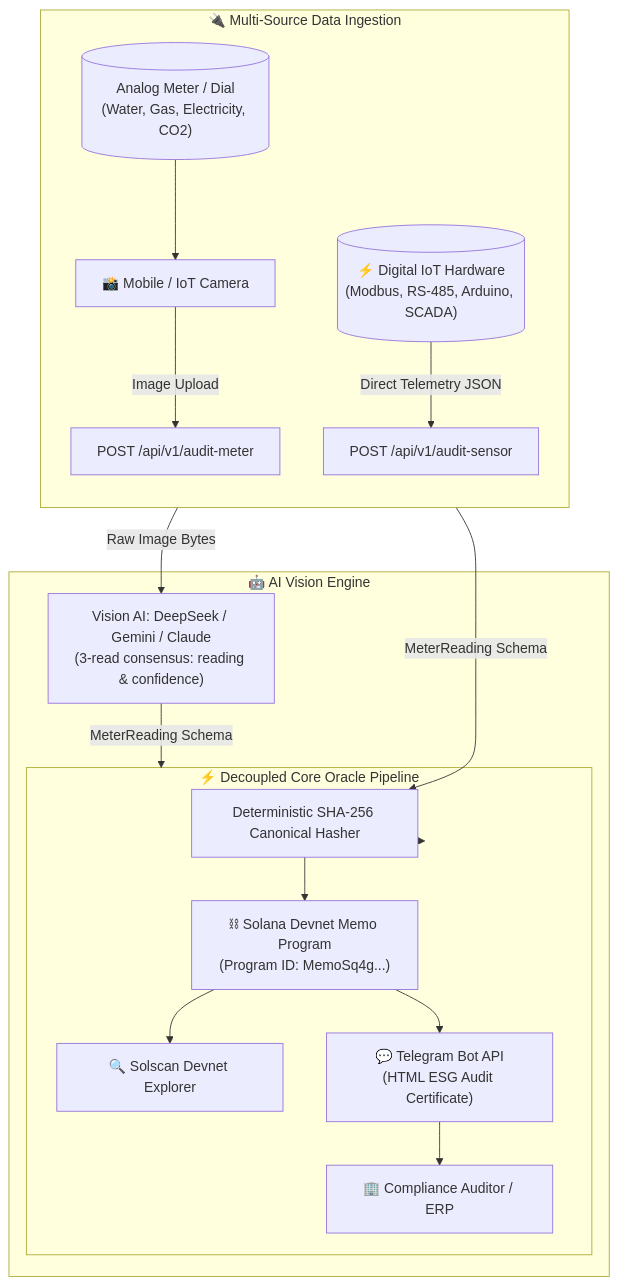
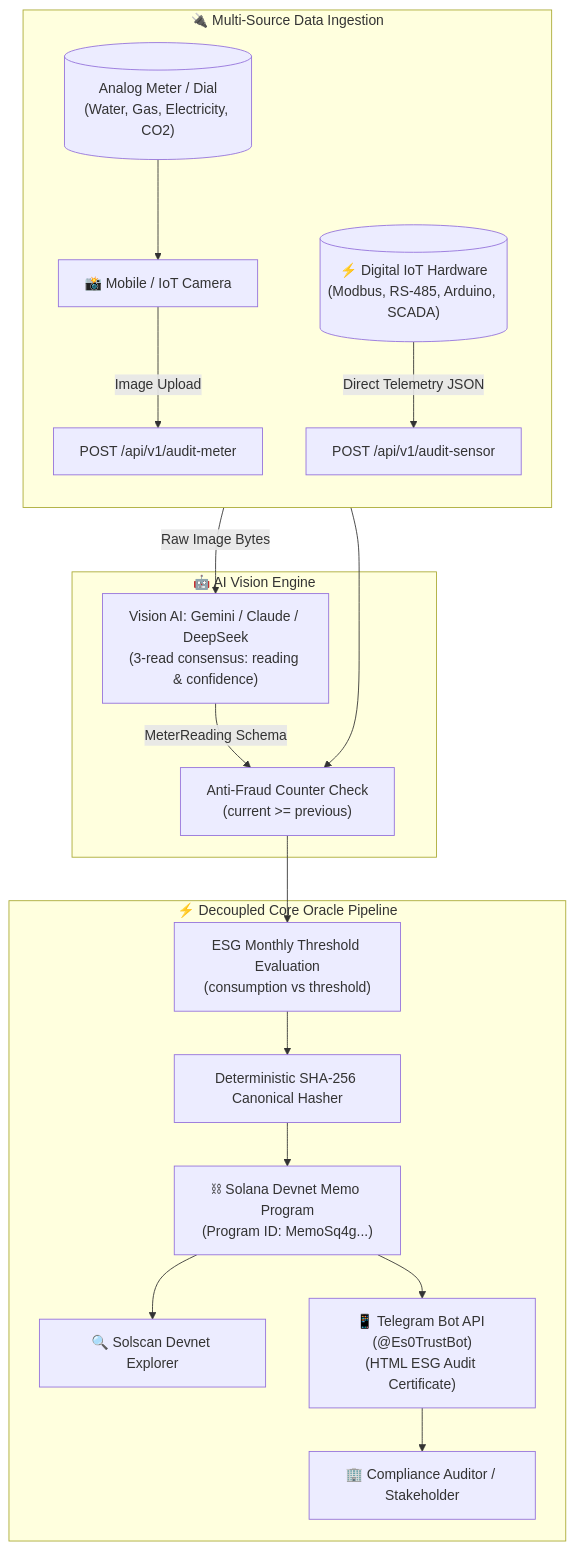
Before and after one commit to DiegoBarreras/EcoTrustOracle: the diagram in README.md, drawn with Mermaid. The commit also changed other lines of this file and 4 other files, not shown here.

Commit message:
feat(ui): add bilingual landing page, i18n support, and update README with @Es0TrustBot instructions

````diff
--- a/README.md
+++ b/README.md
@@ -33,25 +51,26 @@
 ```mermaid
 flowchart TD
     subgraph Ingestion["🔌 Multi-Source Data Ingestion"]
         direction TB
         M[("Analog Meter / Dial\n(Water, Gas, Electricity, CO2)")] --> Cam["📸 Mobile / IoT Camera"]
         Cam -->|Image Upload| EpImage["POST /api/v1/audit-meter"]
         
         Sensor[("⚡ Digital IoT Hardware\n(Modbus, RS-485, Arduino, SCADA)")] -->|Direct Telemetry JSON| EpSensor["POST /api/v1/audit-sensor"]
     end
 
     subgraph AI["🤖 AI Vision Engine"]
-        Vision["Vision AI: DeepSeek / Gemini / Claude\n(3-read consensus: reading & confidence)"]
+        Vision["Vision AI: Gemini / Claude / DeepSeek\n(3-read consensus: reading & confidence)"]
         EpImage -->|Raw Image Bytes| Vision
-        Vision -->|MeterReading Schema| CoreBus
+        Vision -->|MeterReading Schema| CounterCheck
     end
 
     subgraph CoreBus["⚡ Decoupled Core Oracle Pipeline"]
-        EpSensor -->|MeterReading Schema| Hasher
-        CoreBus --> Hasher["Deterministic SHA-256 Canonical Hasher"]
+        EpSensor --> CounterCheck["Anti-Fraud Counter Check\n(current >= previous)"]
+        CounterCheck --> ThresholdEval["ESG Monthly Threshold Evaluation\n(consumption vs threshold)"]
+        ThresholdEval --> Hasher["Deterministic SHA-256 Canonical Hasher"]
         Hasher --> Web3["⛓ Solana Devnet Memo Program\n(Program ID: MemoSq4g...)"]
         Web3 --> Solscan["🔍 Solscan Devnet Explorer"]
-        Web3 --> TG["💬 Telegram Bot API\n(HTML ESG Audit Certificate)"]
-        TG --> Auditor["🏢 Compliance Auditor / ERP"]
+        Web3 --> TG["📱 Telegram Bot API (@Es0TrustBot)\n(HTML ESG Audit Certificate)"]
+        TG --> Auditor["🏢 Compliance Auditor / Stakeholder"]
     end
 ```
````
